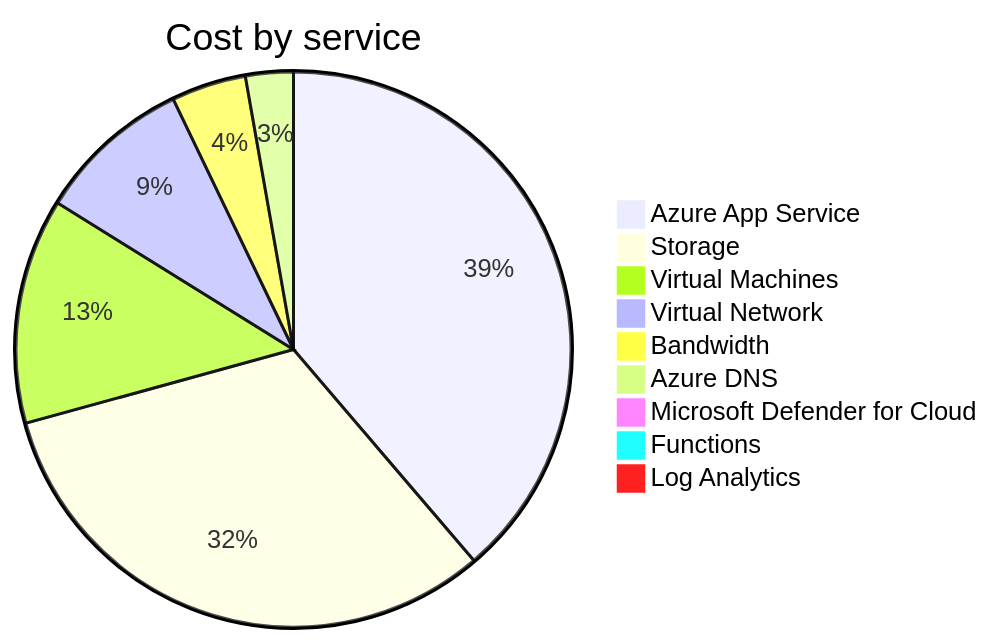
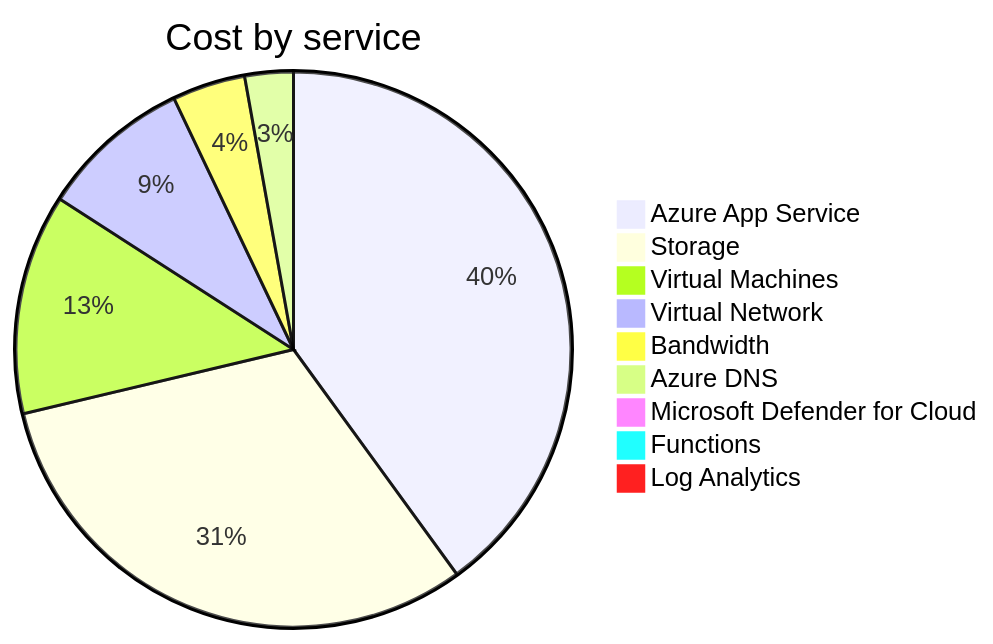
One commit to jpfulton/azure-personal-reports changed the second of 4 diagrams in cost-reports/accumulated-cost.md. Above: the diagram before and after it, drawn with Mermaid. The commit also changed other lines of this file and 4 other files, not shown here.

````diff
--- a/cost-reports/accumulated-cost.md
+++ b/cost-reports/accumulated-cost.md
@@ -103,13 +103,13 @@
 ```mermaid
 pie
    title Cost by service
-   "Azure App Service" : 10.60
-   "Storage" : 8.75
+   "Azure App Service" : 11.20
+   "Storage" : 8.76
    "Virtual Machines" : 3.59
    "Virtual Network" : 2.47
    "Bandwidth" : 1.19
-   "Azure DNS" : 0.76
+   "Azure DNS" : 0.79
    "Microsoft Defender for Cloud" : 0.10
    "Functions" : 0.00
    "Log Analytics" : 0.00
 ```
````
